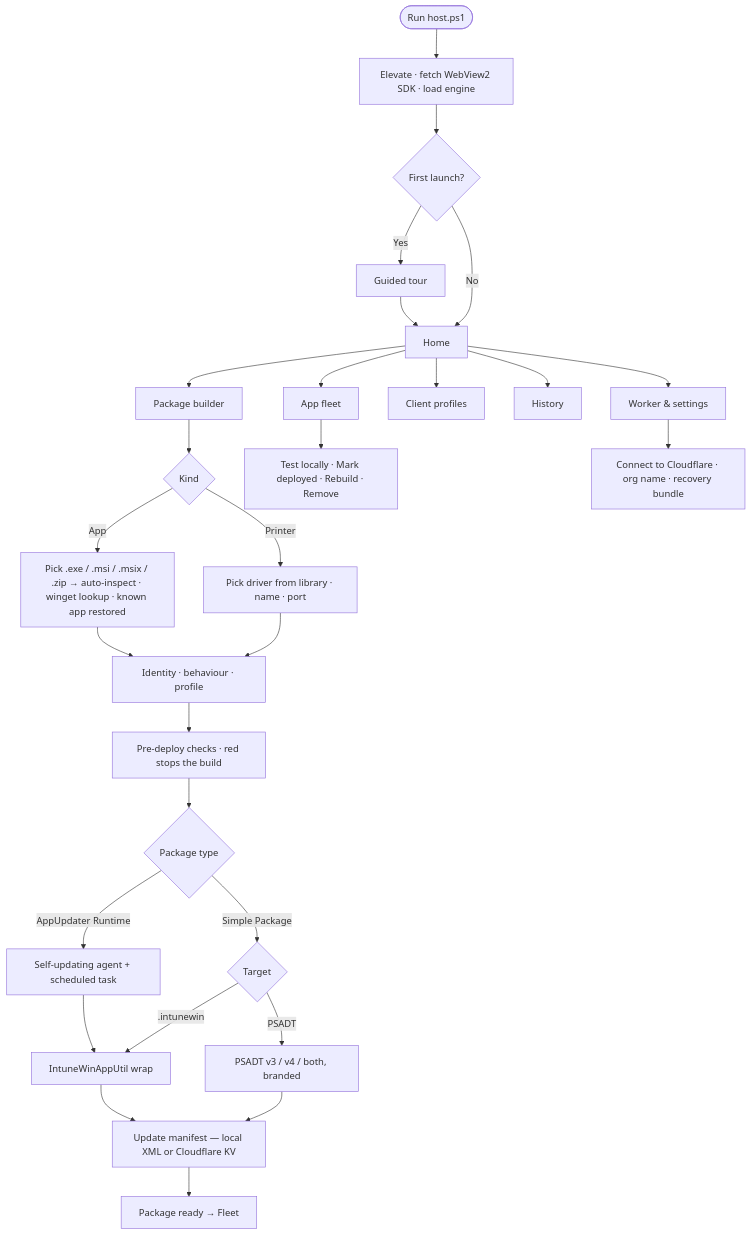
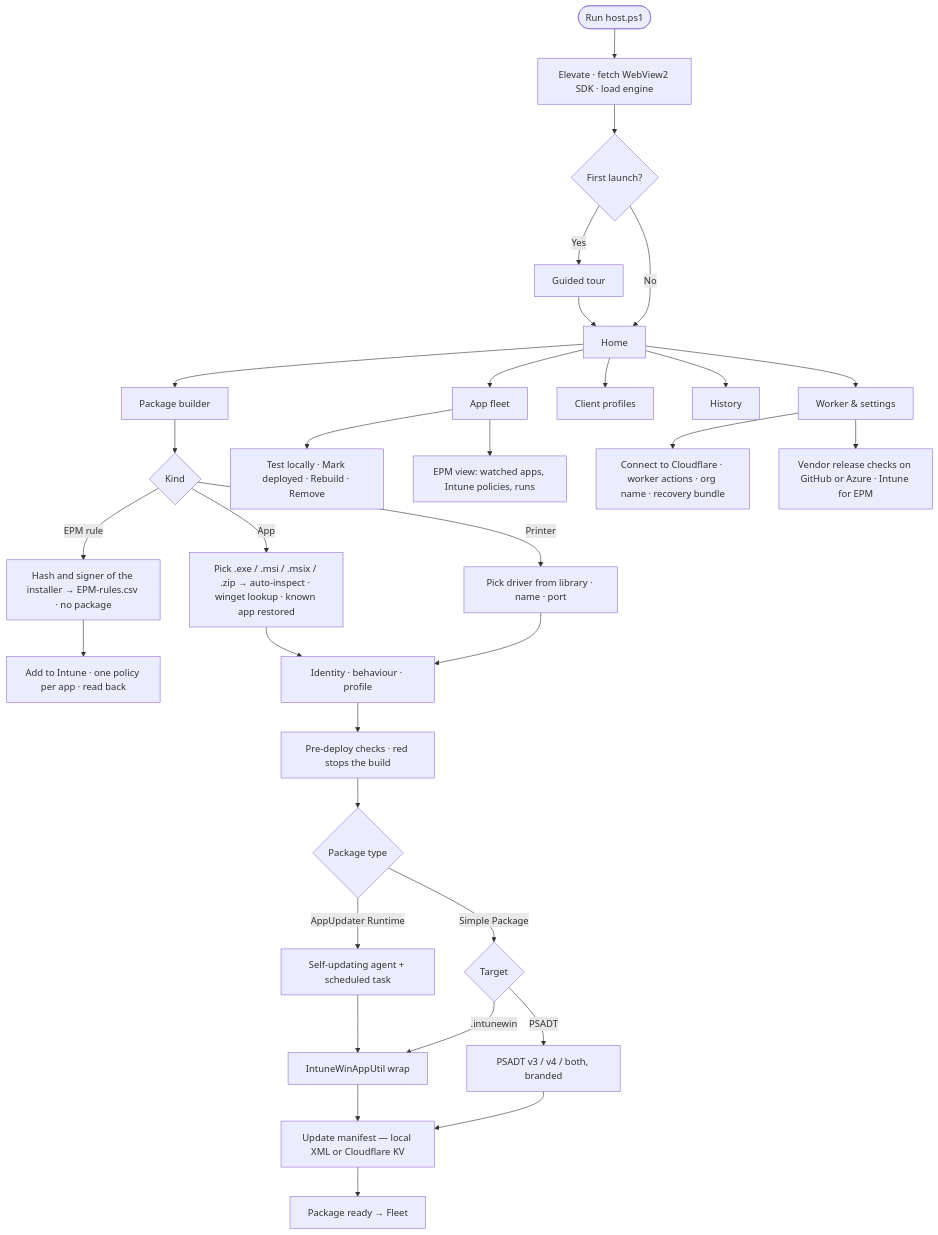
Before and after one commit to Lyvvy-xyz/appupdater: the second of 3 diagrams in README.md, drawn with Mermaid. The commit also changed other lines of this file and 6 other files, not shown here.

````diff
--- a/README.md
+++ b/README.md
@@ -205,33 +233,37 @@
 ```mermaid
 flowchart TD
     A([Run host.ps1]) --> B[Elevate · fetch WebView2 SDK · load engine]
     B --> C{First launch?}
     C -->|Yes| D[Guided tour]
     C -->|No| E[Home]
     D --> E
 
     E --> F[Package builder]
     E --> G[App fleet]
     E --> H[Client profiles]
     E --> I[History]
     E --> J[Worker & settings]
 
     F --> K{Kind}
+    K -->|EPM rule| EPM[Hash and signer of the installer → EPM-rules.csv · no package]
+    EPM --> EPMI[Add to Intune · one policy per app · read back]
     K -->|App| L[Pick .exe / .msi / .msix / .zip → auto-inspect · winget lookup · known app restored]
     K -->|Printer| M[Pick driver from library · name · port]
     L --> N[Identity · behaviour · profile]
     M --> N
     N --> PC[Pre-deploy checks · red stops the build]
     PC --> O{Package type}
     O -->|AppUpdater Runtime| P[Self-updating agent + scheduled task]
     O -->|Simple Package| Q{Target}
     Q -->|.intunewin| R[IntuneWinAppUtil wrap]
     Q -->|PSADT| S[PSADT v3 / v4 / both, branded]
     P --> R
     R --> T[Update manifest — local XML or Cloudflare KV]
     S --> T
     T --> U[Package ready → Fleet]
 
     G --> V[Test locally · Mark deployed · Rebuild · Remove]
-    J --> W[Connect to Cloudflare · org name · recovery bundle]
+    J --> W[Connect to Cloudflare · worker actions · org name · recovery bundle]
+    J --> X[Vendor release checks on GitHub or Azure · Intune for EPM]
+    G --> Y[EPM view: watched apps, Intune policies, runs]
 ```
````
